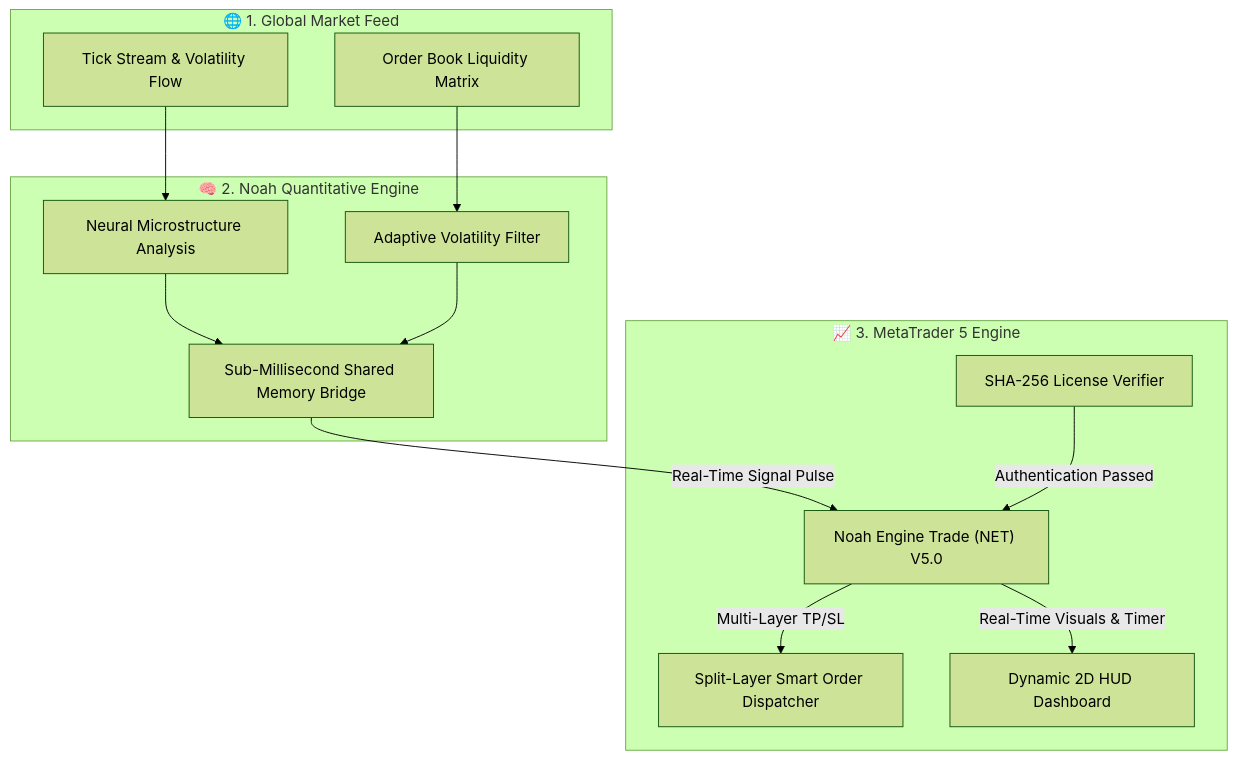
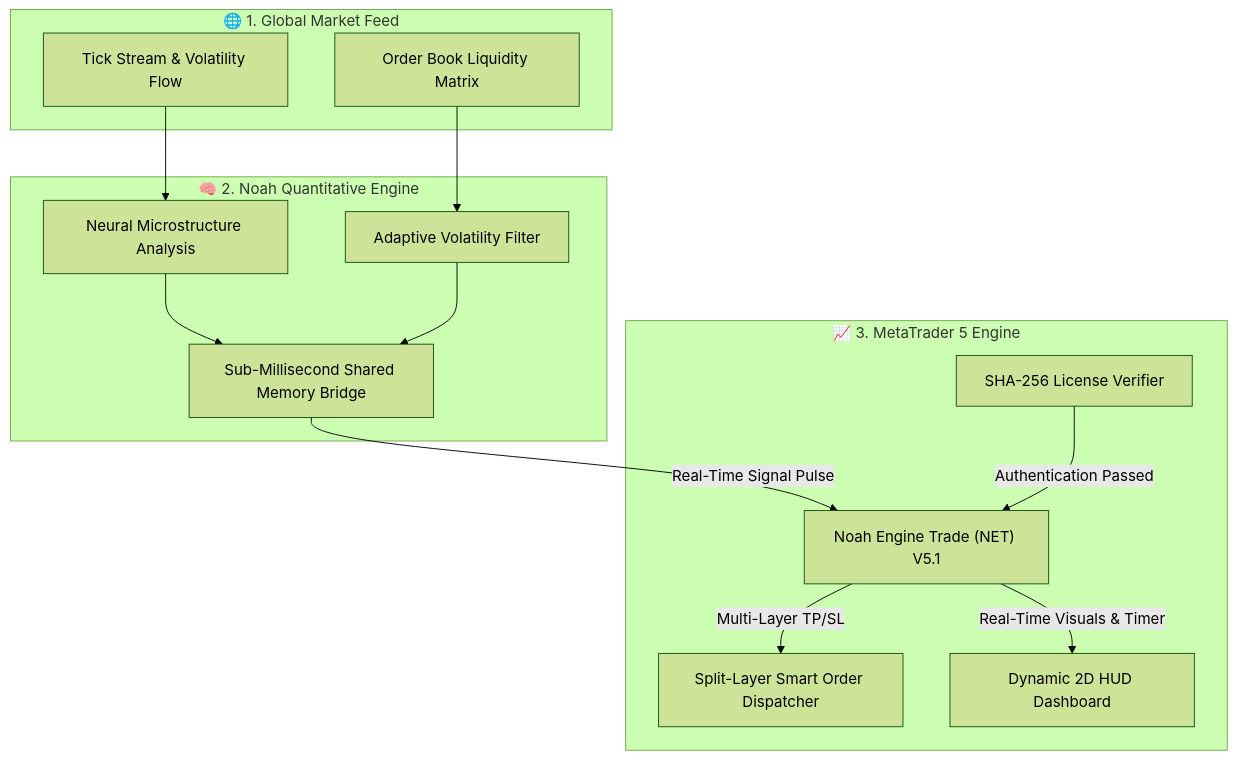
The diagram in README.md (dferdiantnn/NoahEngineTrade), drawn with Mermaid (forest theme) before and after one commit. The commit also changed other lines of this file and 2 other files, not shown here.

Commit message:
Release: Version 5.10 Upgrade - Native Awake Guard, Eco Deep-Sleep Engine, License Expiry Countdown & Dual-Repo Pipeline

````diff
--- a/README.md
+++ b/README.md
@@ -78,29 +78,29 @@
 ```mermaid
 flowchart TD
     subgraph MarketData ["🌐 1. Global Market Feed"]
         TICK["Tick Stream & Volatility Flow"]
         VOL["Order Book Liquidity Matrix"]
     end
 
     subgraph NeuralCore ["🧠 2. Noah Quantitative Engine"]
         ANALYZE["Neural Microstructure Analysis"]
         FILTER["Adaptive Volatility Filter"]
         IPC["Sub-Millisecond Shared Memory Bridge"]
     end
 
     subgraph ExecutionEngine ["📈 3. MetaTrader 5 Engine"]
-        EA["Noah Engine Trade (NET) V5.0"]
+        EA["Noah Engine Trade (NET) V5.1"]
         EXEC["Split-Layer Smart Order Dispatcher"]
         HUD["Dynamic 2D HUD Dashboard"]
         SECURITY["SHA-256 License Verifier"]
     end
 
     TICK --> ANALYZE
     VOL --> FILTER
     ANALYZE --> IPC
     FILTER --> IPC
     IPC -->|Real-Time Signal Pulse| EA
     SECURITY -->|Authentication Passed| EA
     EA -->|Multi-Layer TP/SL| EXEC
     EA -->|Real-Time Visuals & Timer| HUD
 ```
````
